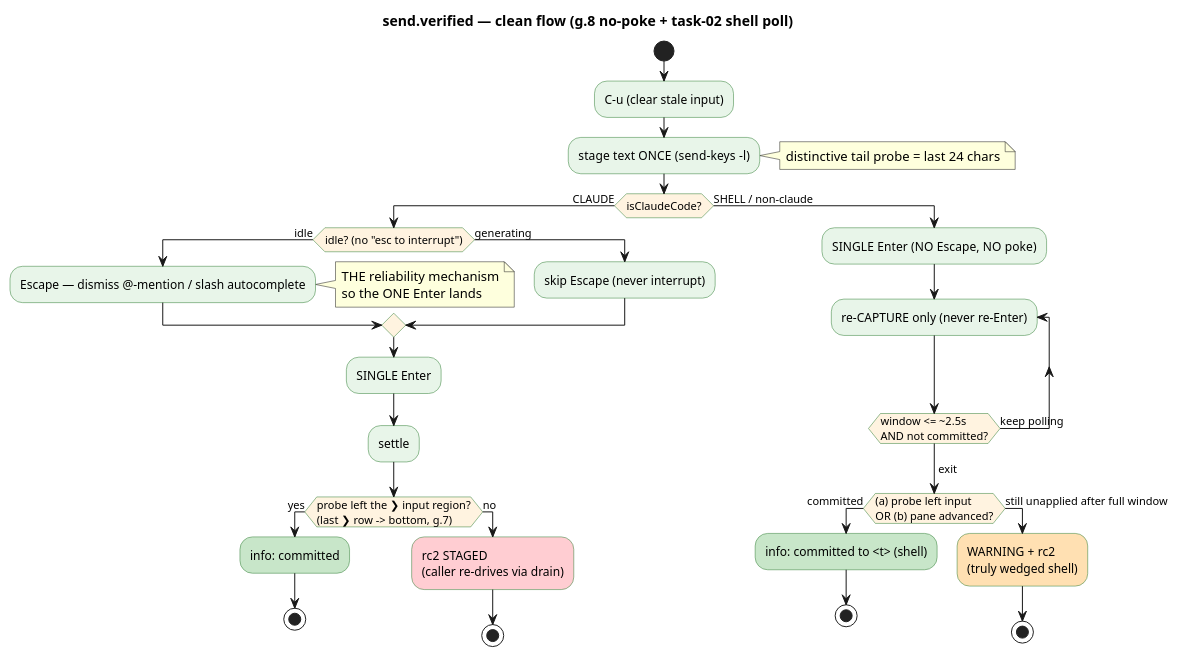
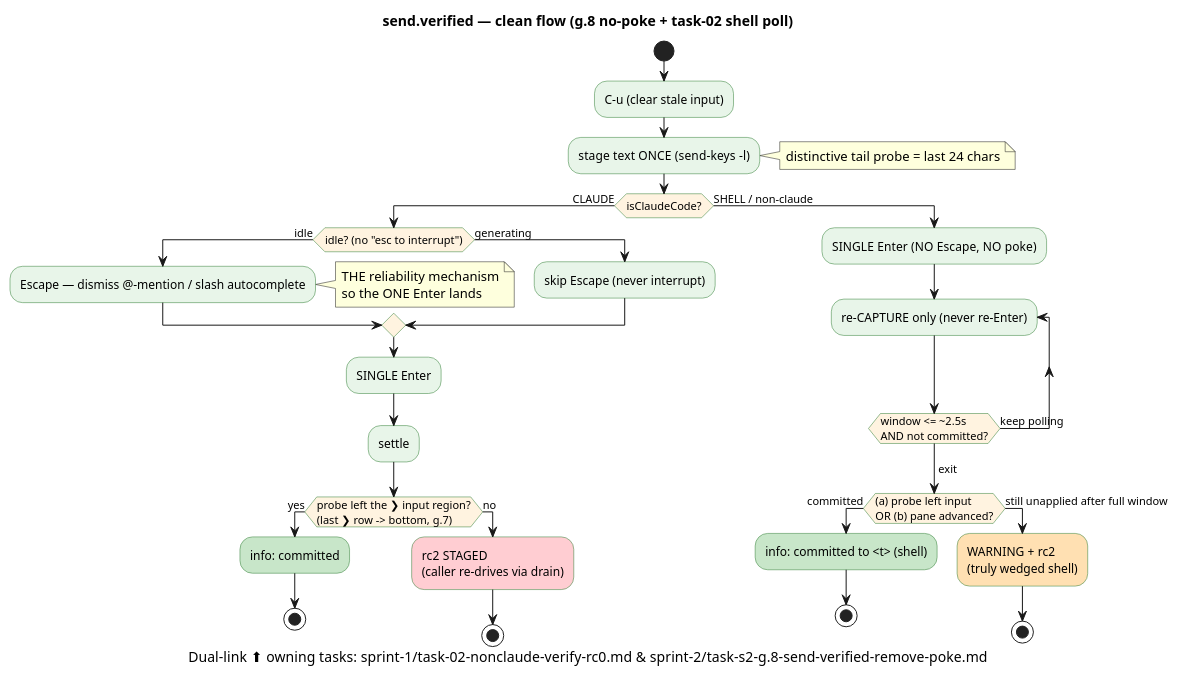
Before and after one commit to web4x/Web4AI: the diagram in scrum.pmo/sprints@WODA.prod/sprint-1/diagrams/send-verified-flow.puml, drawn with PlantUML. The commit also changed 5 other files, not shown here.

```diff
--- a/scrum.pmo/sprints@WODA.prod/sprint-1/diagrams/send-verified-flow.puml
+++ b/scrum.pmo/sprints@WODA.prod/sprint-1/diagrams/send-verified-flow.puml
@@ -1,45 +1,46 @@
 @startuml send-verified-flow
 title send.verified — clean flow (g.8 no-poke + task-02 shell poll)
+caption Dual-link ⬆ owning tasks: sprint-1/task-02-nonclaude-verify-rc0.md  &  sprint-2/task-s2-g.8-send-verified-remove-poke.md
 skinparam backgroundColor #FFFFFF
 skinparam activity {
   BackgroundColor #E8F5E9
   BorderColor #2E7D32
   DiamondBackgroundColor #FFF3E0
 }
 
 start
 :C-u (clear stale input);
 :stage text ONCE  (send-keys -l);
 note right: distinctive tail probe = last 24 chars
 
 if (isClaudeCode?) then (CLAUDE)
   if (idle? (no "esc to interrupt")) then (idle)
     :Escape — dismiss @-mention / slash autocomplete;
     note right: THE reliability mechanism\nso the ONE Enter lands
   else (generating)
     :skip Escape (never interrupt);
   endif
   :SINGLE Enter;
   :settle;
   if (probe left the ❯ input region?\n(last ❯ row -> bottom, g.7)) then (yes)
     #C8E6C9:info: committed;
     stop
   else (no)
     #FFCDD2:rc2 STAGED\n(caller re-drives via drain);
     stop
   endif
 else (SHELL / non-claude)
   :SINGLE Enter  (NO Escape, NO poke);
   repeat :re-CAPTURE only (never re-Enter);
     note right: OBSERVE, not poke\nzero extra Enters -> zero dup
   repeat while (window <= ~2.5s\nAND not committed?) is (keep polling)
   ->exit;
   if ((a) probe left input\nOR (b) pane advanced?) then (committed)
     #C8E6C9:info: committed to <t> (shell);
     stop
   else (still unapplied after full window)
     #FFE0B2:WARNING + rc2\n(truly wedged shell);
     stop
   endif
 endif
 @enduml
```
